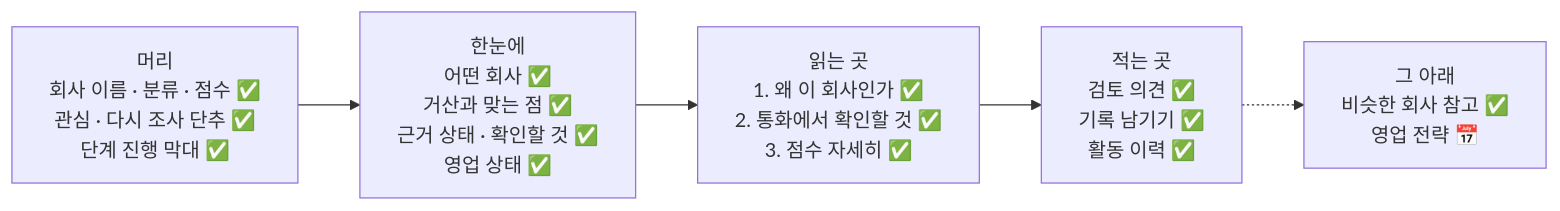
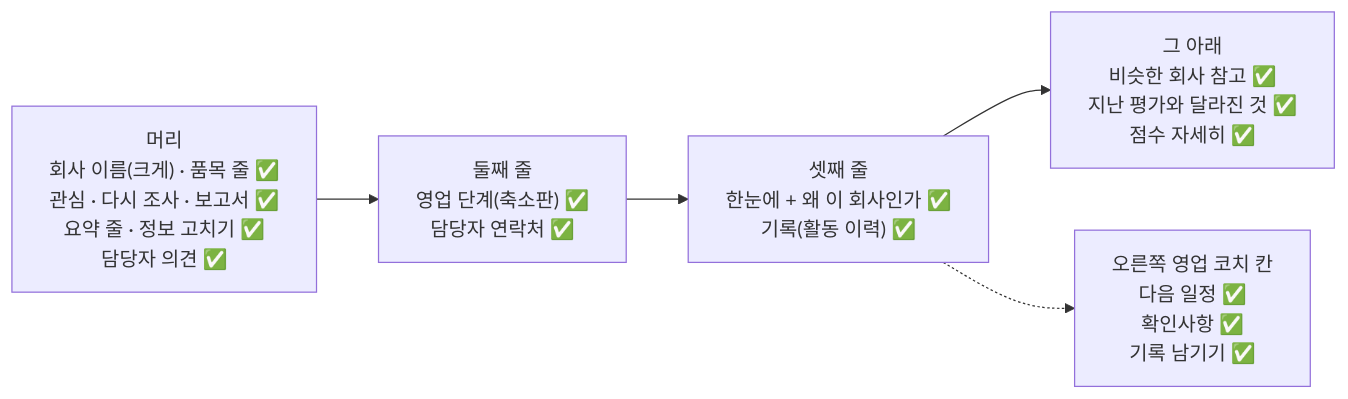
Before and after one commit to agent-ddalgi-team/final-geosan: the fourth of 4 diagrams in docs/map/feature-map.md, drawn with Mermaid. The commit also changed other lines of this file and 1 other file, not shown here.

````diff
--- a/docs/map/feature-map.md
+++ b/docs/map/feature-map.md
@@ -241,10 +242,10 @@
 ```mermaid
 flowchart LR
-    H["머리<br/>회사 이름 · 분류 · 점수 ✅<br/>관심 · 다시 조사 단추 ✅<br/>단계 진행 막대 ✅"]
-    G["한눈에<br/>어떤 회사 ✅<br/>거산과 맞는 점 ✅<br/>근거 상태 · 확인할 것 ✅<br/>영업 상태 ✅"]
-    R["읽는 곳<br/>1. 왜 이 회사인가 ✅<br/>2. 통화에서 확인할 것 ✅<br/>3. 점수 자세히 ✅"]
-    W["적는 곳<br/>검토 의견 ✅<br/>기록 남기기 ✅<br/>활동 이력 ✅"]
-    K["그 아래<br/>비슷한 회사 참고 ✅<br/>영업 전략 📅"]
-    H --> G --> R --> W
-    W -.-> K
+    H["머리<br/>회사 이름(크게) · 품목 줄 ✅<br/>관심 · 다시 조사 · 보고서 ✅<br/>요약 줄 · 정보 고치기 ✅<br/>담당자 의견 ✅"]
+    S["둘째 줄<br/>영업 단계(축소판) ✅<br/>담당자 연락처 ✅"]
+    G["셋째 줄<br/>한눈에 + 왜 이 회사인가 ✅<br/>기록(활동 이력) ✅"]
+    K["그 아래<br/>비슷한 회사 참고 ✅<br/>지난 평가와 달라진 것 ✅<br/>점수 자세히 ✅"]
+    C["오른쪽 영업 코치 칸<br/>다음 일정 ✅<br/>확인사항 ✅<br/>기록 남기기 ✅"]
+    H --> S --> G --> K
+    G -.-> C
 ```
````
